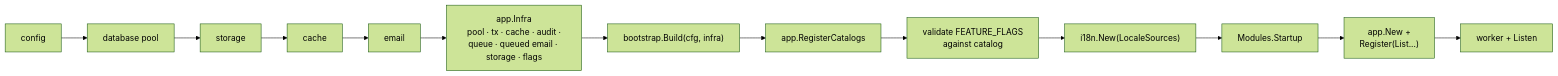
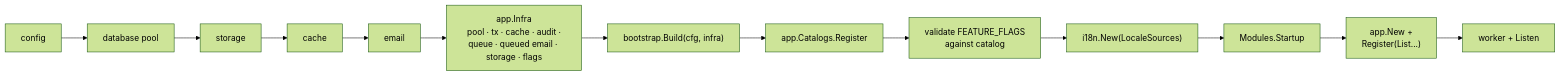
One commit to chuanghiduoc/fiber-golang-boilerplate changed the sixth of 6 diagrams in docs/module-template.md. Above: the diagram before and after it, drawn with Mermaid (forest theme). The commit also changed other lines of this file and 911 other files, not shown here.

````diff
--- a/docs/module-template.md
+++ b/docs/module-template.md
@@ -795,7 +796,7 @@
 ```mermaid
 flowchart LR
     A[config] --> B[database pool] --> C[storage] --> D[cache] --> E[email]
     E --> F["app.Infra<br/>pool · tx · cache · audit ·<br/>queue · queued email · storage · flags"]
-    F --> G["bootstrap.Build(cfg, infra)"] --> H[app.RegisterCatalogs] --> I["validate FEATURE_FLAGS<br/>against catalog"]
+    F --> G["bootstrap.Build(cfg, infra)"] --> H[app.Catalogs.Register] --> I["validate FEATURE_FLAGS<br/>against catalog"]
     I --> J["i18n.New(LocaleSources)"] --> K[Modules.Startup] --> L["app.New +<br/>Register(List...)"] --> M[worker + Listen]
 ```
````
